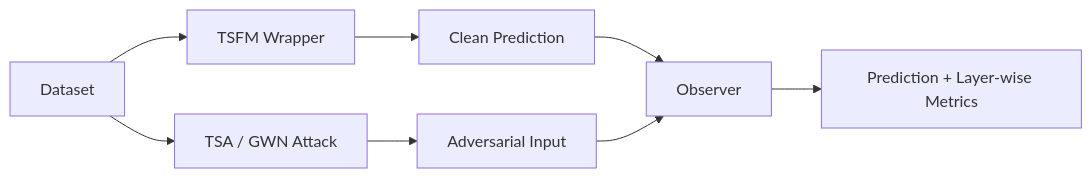
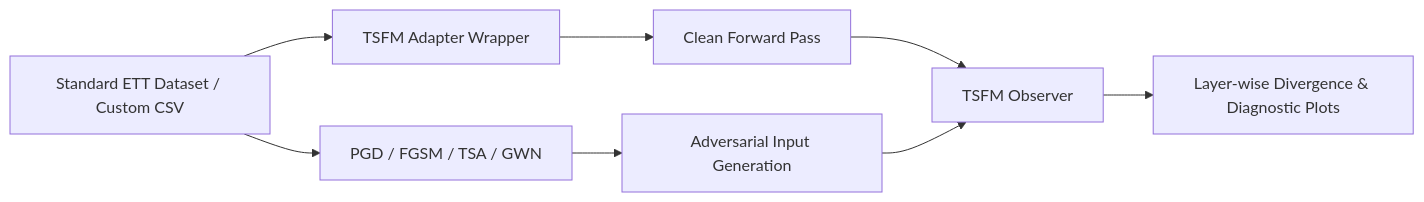
Before and after one commit to xts777/TSA_Bench: the diagram in README.md, drawn with Mermaid. The commit also changed other lines of this file, not shown here.

Commit message:
docs: Update README.md with TSA_Bench repo URL, venv setup, paper links, and verified 70/10/20 data split

````diff
--- a/README.md
+++ b/README.md
@@ -26,10 +26,10 @@
 ```mermaid
 flowchart LR
-    Dataset[Dataset] --> Model[TSFM Wrapper]
-    Dataset --> Attack[TSA / GWN Attack]
-    Model --> Clean[Clean Prediction]
-    Attack --> Adv[Adversarial Input]
-    Clean --> Observer[Observer]
+    Dataset[Standard ETT Dataset / Custom CSV] --> Model[TSFM Adapter Wrapper]
+    Dataset --> Attack[PGD / FGSM / TSA / GWN]
+    Model --> Clean[Clean Forward Pass]
+    Attack --> Adv[Adversarial Input Generation]
+    Clean --> Observer[TSFM Observer]
     Adv --> Observer
-    Observer --> Metrics[Prediction + Layer-wise Metrics]
+    Observer --> Metrics[Layer-wise Divergence & Diagnostic Plots]
 ```
````
